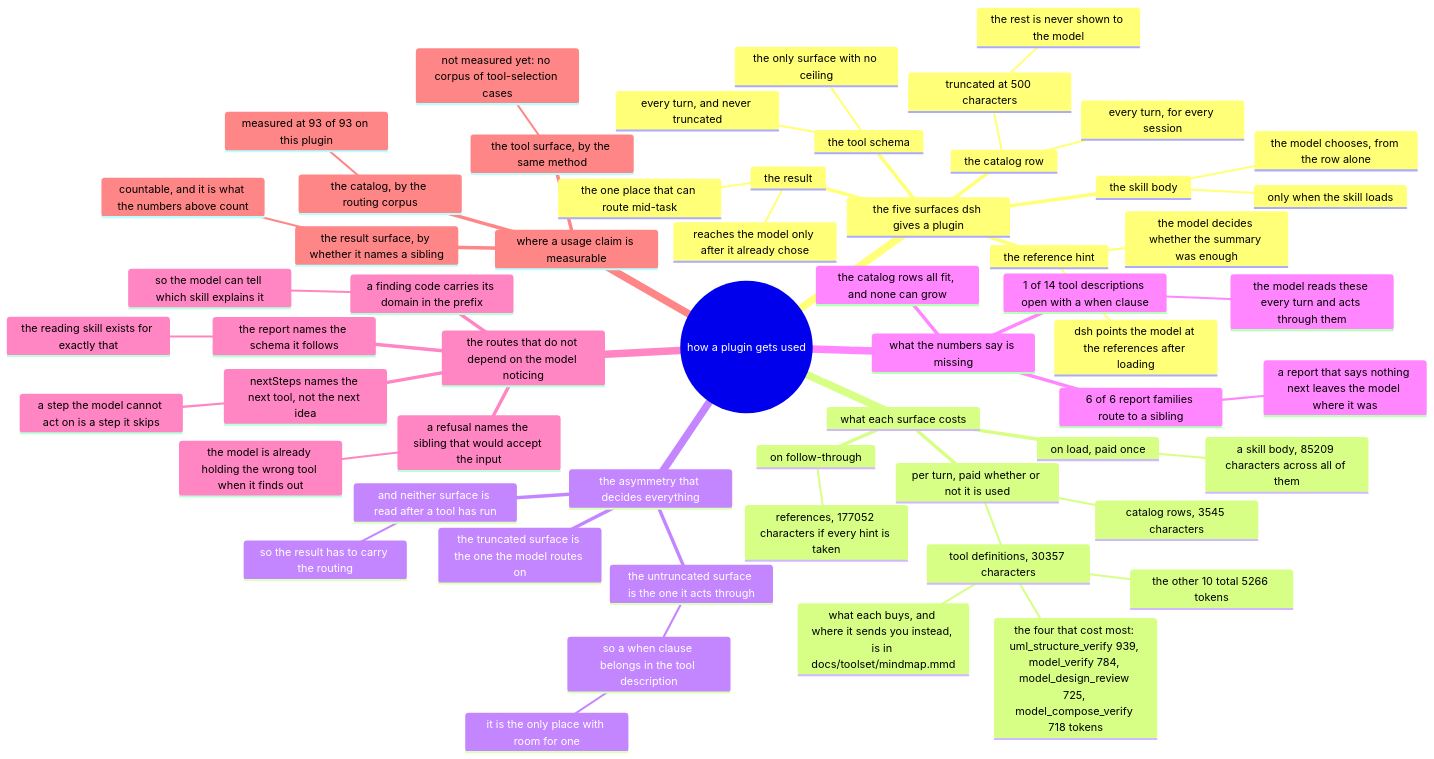
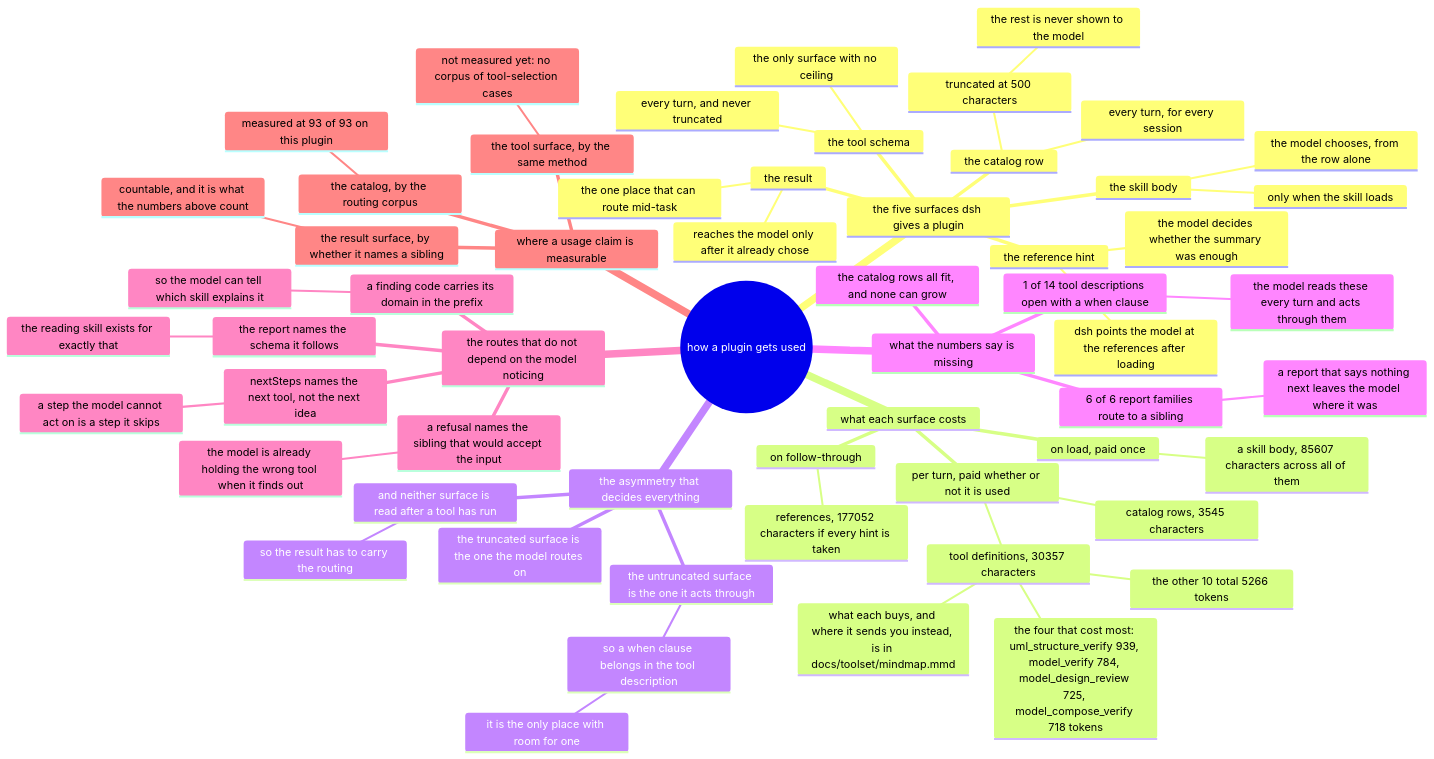
The diagram in docs/usage/mindmap.mmd (AmethystLuna/dsh-model-everything), drawn with Mermaid before and after one commit. The commit also changed 17 other files, not shown here.

```diff
--- a/docs/usage/mindmap.mmd
+++ b/docs/usage/mindmap.mmd
@@ -1,59 +1,59 @@
 mindmap
 root((how a plugin gets used))
   the five surfaces dsh gives a plugin
     the catalog row
       every turn, for every session
       truncated at 500 characters
         the rest is never shown to the model
     the skill body
       only when the skill loads
       the model chooses, from the row alone
     the reference hint
       dsh points the model at the references after loading
       the model decides whether the summary was enough
     the tool schema
       every turn, and never truncated
       the only surface with no ceiling
     the result
       reaches the model only after it already chose
       the one place that can route mid-task
   what each surface costs
     per turn, paid whether or not it is used
       catalog rows, 3545 characters
       tool definitions, 30357 characters
         the four that cost most: uml_structure_verify 939, model_verify 784, model_design_review 725, model_compose_verify 718 tokens
         the other 10 total 5266 tokens
         what each buys, and where it sends you instead, is in docs/toolset/mindmap.mmd
     on load, paid once
-      a skill body, 85209 characters across all of them
+      a skill body, 85607 characters across all of them
     on follow-through
       references, 177052 characters if every hint is taken
   the asymmetry that decides everything
     the truncated surface is the one the model routes on
     the untruncated surface is the one it acts through
       so a when clause belongs in the tool description
         it is the only place with room for one
     and neither surface is read after a tool has run
       so the result has to carry the routing
   what the numbers say is missing
     1 of 14 tool descriptions open with a when clause
       the model reads these every turn and acts through them
     6 of 6 report families route to a sibling
       a report that says nothing next leaves the model where it was
     the catalog rows all fit, and none can grow
   the routes that do not depend on the model noticing
     a refusal names the sibling that would accept the input
       the model is already holding the wrong tool when it finds out
     nextSteps names the next tool, not the next idea
       a step the model cannot act on is a step it skips
     a finding code carries its domain in the prefix
       so the model can tell which skill explains it
     the report names the schema it follows
       the reading skill exists for exactly that
   where a usage claim is measurable
     the catalog, by the routing corpus
       measured at 93 of 93 on this plugin
     the tool surface, by the same method
       not measured yet: no corpus of tool-selection cases
     the result surface, by whether it names a sibling
       countable, and it is what the numbers above count
```
